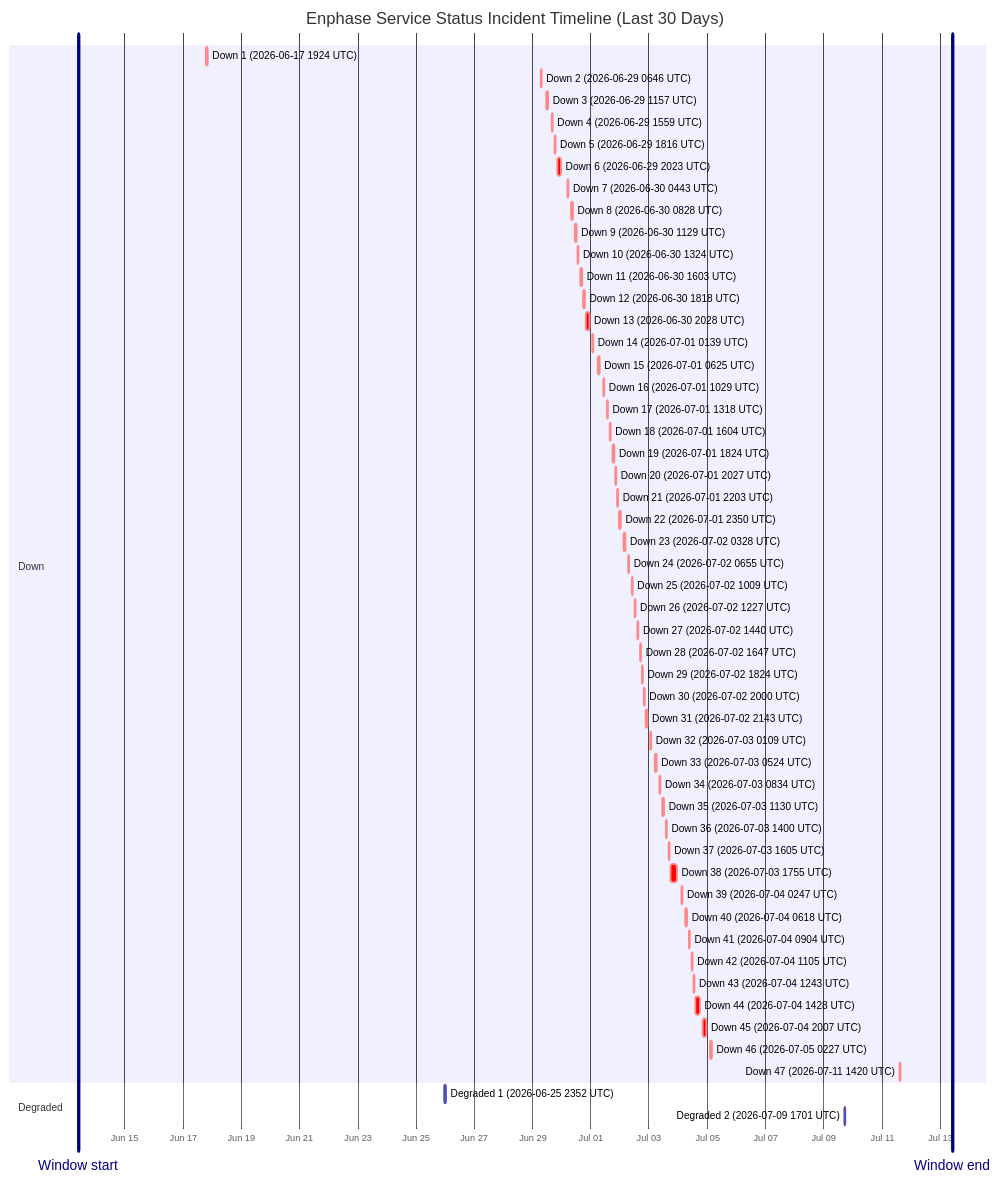
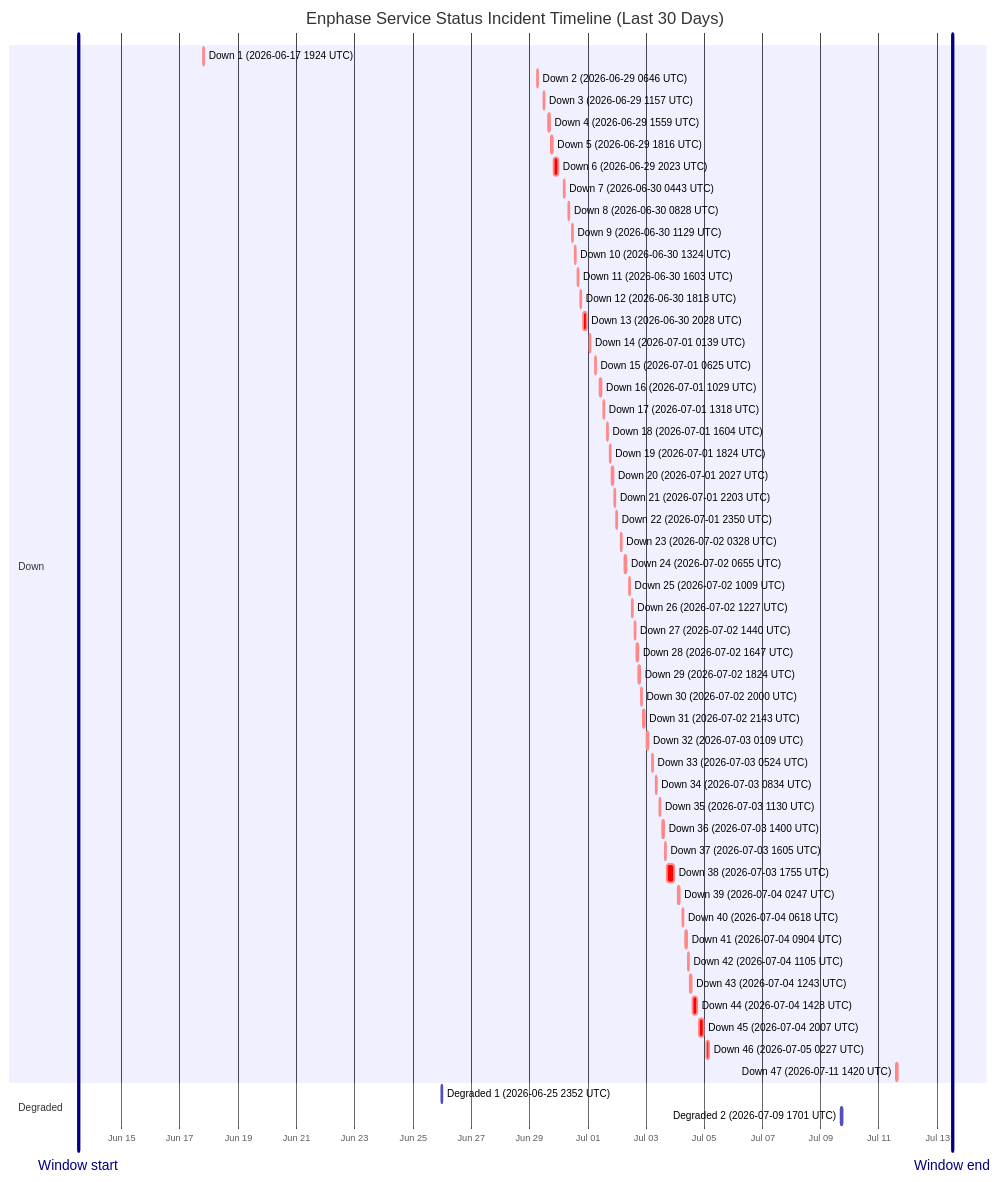
The diagram in wiki/Service-Status-History.md (barneyonline/ha-enphase-energy), drawn with Mermaid before and after one commit. The commit also changed other lines of this file and 3 other files, not shown here.

````diff
--- a/wiki/Service-Status-History.md
+++ b/wiki/Service-Status-History.md
@@ -14,59 +14,59 @@
 ```mermaid
 gantt
     title Enphase Service Status Incident Timeline (Last 30 Days)
     dateFormat  YYYY-MM-DDTHH:mm:ss
     axisFormat  %b %d
-    Window start :vert, window-start, 2026-06-13T09:52:57, 0ms
-    Window end :vert, window-end, 2026-07-13T09:52:57, 0ms
+    Window start :vert, window-start, 2026-06-13T12:30:10, 0ms
+    Window end :vert, window-end, 2026-07-13T12:30:10, 0ms
     section Down
     Down 1 (2026-06-17 1924 UTC) :crit, down-1, 2026-06-17T19:24:51, 60m
     Down 2 (2026-06-29 0646 UTC) :crit, down-2, 2026-06-29T06:46:18, 60m
     Down 3 (2026-06-29 1157 UTC) :crit, down-3, 2026-06-29T11:57:36, 60m
     Down 4 (2026-06-29 1559 UTC) :crit, down-4, 2026-06-29T15:59:02, 60m
     Down 5 (2026-06-29 1816 UTC) :crit, down-5, 2026-06-29T18:16:38, 60m
     Down 6 (2026-06-29 2023 UTC) :crit, down-6, 2026-06-29T20:23:16, 220m
     Down 7 (2026-06-30 0443 UTC) :crit, down-7, 2026-06-30T04:43:54, 60m
     Down 8 (2026-06-30 0828 UTC) :crit, down-8, 2026-06-30T08:28:43, 60m
     Down 9 (2026-06-30 1129 UTC) :crit, down-9, 2026-06-30T11:29:15, 60m
     Down 10 (2026-06-30 1324 UTC) :crit, down-10, 2026-06-30T13:24:25, 60m
     Down 11 (2026-06-30 1603 UTC) :crit, down-11, 2026-06-30T16:03:26, 60m
     Down 12 (2026-06-30 1818 UTC) :crit, down-12, 2026-06-30T18:18:39, 60m
     Down 13 (2026-06-30 2028 UTC) :crit, down-13, 2026-06-30T20:28:54, 171m
     Down 14 (2026-07-01 0139 UTC) :crit, down-14, 2026-07-01T01:39:18, 60m
     Down 15 (2026-07-01 0625 UTC) :crit, down-15, 2026-07-01T06:25:35, 60m
     Down 16 (2026-07-01 1029 UTC) :crit, down-16, 2026-07-01T10:29:24, 60m
     Down 17 (2026-07-01 1318 UTC) :crit, down-17, 2026-07-01T13:18:31, 60m
     Down 18 (2026-07-01 1604 UTC) :crit, down-18, 2026-07-01T16:04:29, 60m
     Down 19 (2026-07-01 1824 UTC) :crit, down-19, 2026-07-01T18:24:21, 60m
     Down 20 (2026-07-01 2027 UTC) :crit, down-20, 2026-07-01T20:27:17, 60m
     Down 21 (2026-07-01 2203 UTC) :crit, down-21, 2026-07-01T22:03:46, 60m
     Down 22 (2026-07-01 2350 UTC) :crit, down-22, 2026-07-01T23:50:52, 60m
     Down 23 (2026-07-02 0328 UTC) :crit, down-23, 2026-07-02T03:28:33, 60m
     Down 24 (2026-07-02 0655 UTC) :crit, down-24, 2026-07-02T06:55:07, 60m
     Down 25 (2026-07-02 1009 UTC) :crit, down-25, 2026-07-02T10:09:15, 60m
     Down 26 (2026-07-02 1227 UTC) :crit, down-26, 2026-07-02T12:27:49, 60m
     Down 27 (2026-07-02 1440 UTC) :crit, down-27, 2026-07-02T14:40:53, 60m
     Down 28 (2026-07-02 1647 UTC) :crit, down-28, 2026-07-02T16:47:47, 60m
     Down 29 (2026-07-02 1824 UTC) :crit, down-29, 2026-07-02T18:24:26, 60m
     Down 30 (2026-07-02 2000 UTC) :crit, down-30, 2026-07-02T20:00:57, 60m
     Down 31 (2026-07-02 2143 UTC) :crit, down-31, 2026-07-02T21:43:52, 80m
     Down 32 (2026-07-03 0109 UTC) :crit, down-32, 2026-07-03T01:09:19, 60m
     Down 33 (2026-07-03 0524 UTC) :crit, down-33, 2026-07-03T05:24:23, 60m
     Down 34 (2026-07-03 0834 UTC) :crit, down-34, 2026-07-03T08:34:05, 60m
     Down 35 (2026-07-03 1130 UTC) :crit, down-35, 2026-07-03T11:30:41, 60m
     Down 36 (2026-07-03 1400 UTC) :crit, down-36, 2026-07-03T14:00:48, 60m
     Down 37 (2026-07-03 1605 UTC) :crit, down-37, 2026-07-03T16:05:49, 60m
     Down 38 (2026-07-03 1755 UTC) :crit, down-38, 2026-07-03T17:55:54, 338m
     Down 39 (2026-07-04 0247 UTC) :crit, down-39, 2026-07-04T02:47:22, 60m
     Down 40 (2026-07-04 0618 UTC) :crit, down-40, 2026-07-04T06:18:09, 60m
     Down 41 (2026-07-04 0904 UTC) :crit, down-41, 2026-07-04T09:04:41, 60m
     Down 42 (2026-07-04 1105 UTC) :crit, down-42, 2026-07-04T11:05:21, 60m
     Down 43 (2026-07-04 1243 UTC) :crit, down-43, 2026-07-04T12:43:25, 60m
     Down 44 (2026-07-04 1428 UTC) :crit, down-44, 2026-07-04T14:28:07, 243m
     Down 45 (2026-07-04 2007 UTC) :crit, down-45, 2026-07-04T20:07:50, 206m
     Down 46 (2026-07-05 0227 UTC) :crit, down-46, 2026-07-05T02:27:32, 109m
     Down 47 (2026-07-11 1420 UTC) :crit, down-47, 2026-07-11T14:20:54, 69m
     section Degraded
     Degraded 1 (2026-06-25 2352 UTC) :active, degraded-1, 2026-06-25T23:52:01, 60m
     Degraded 2 (2026-07-09 1701 UTC) :active, degraded-2, 2026-07-09T17:01:02, 60m
 ```
````
